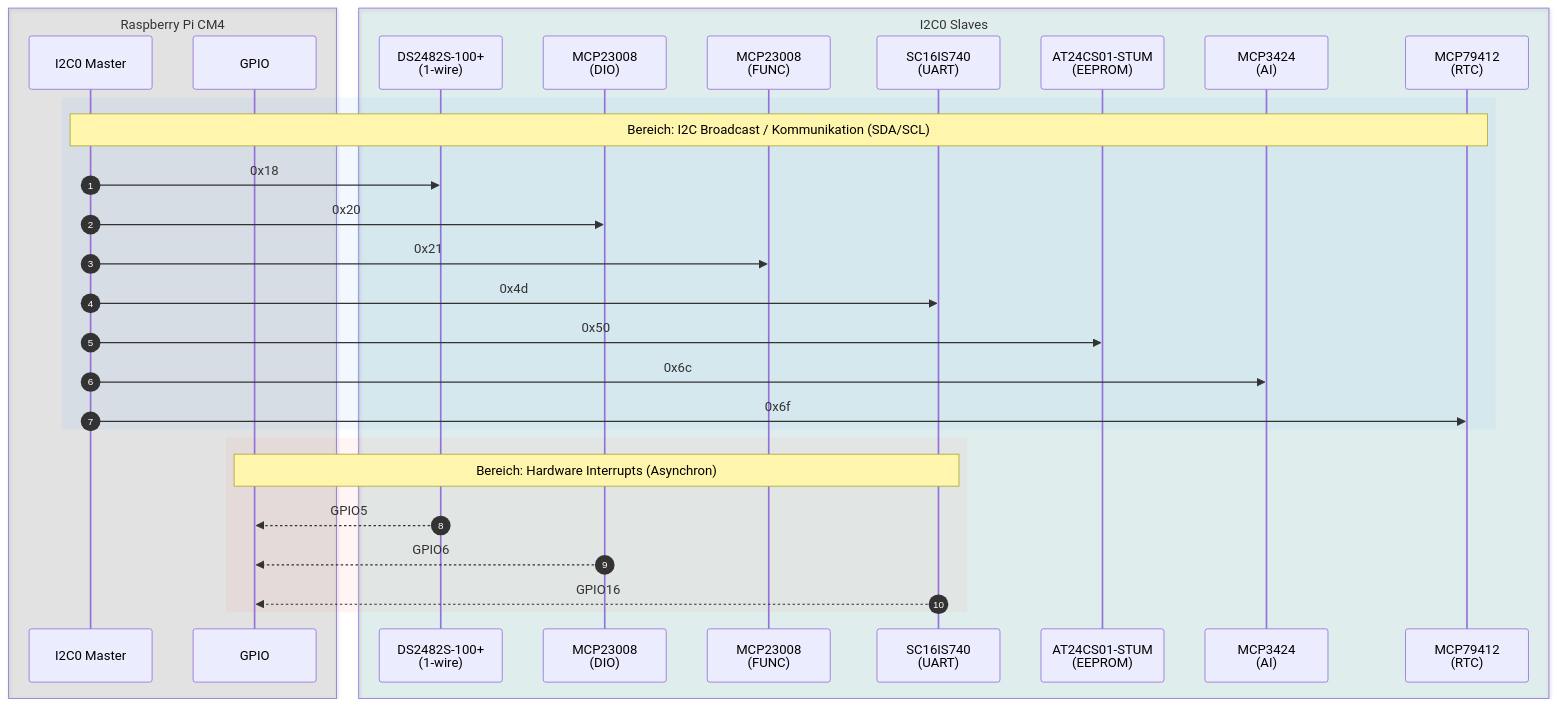
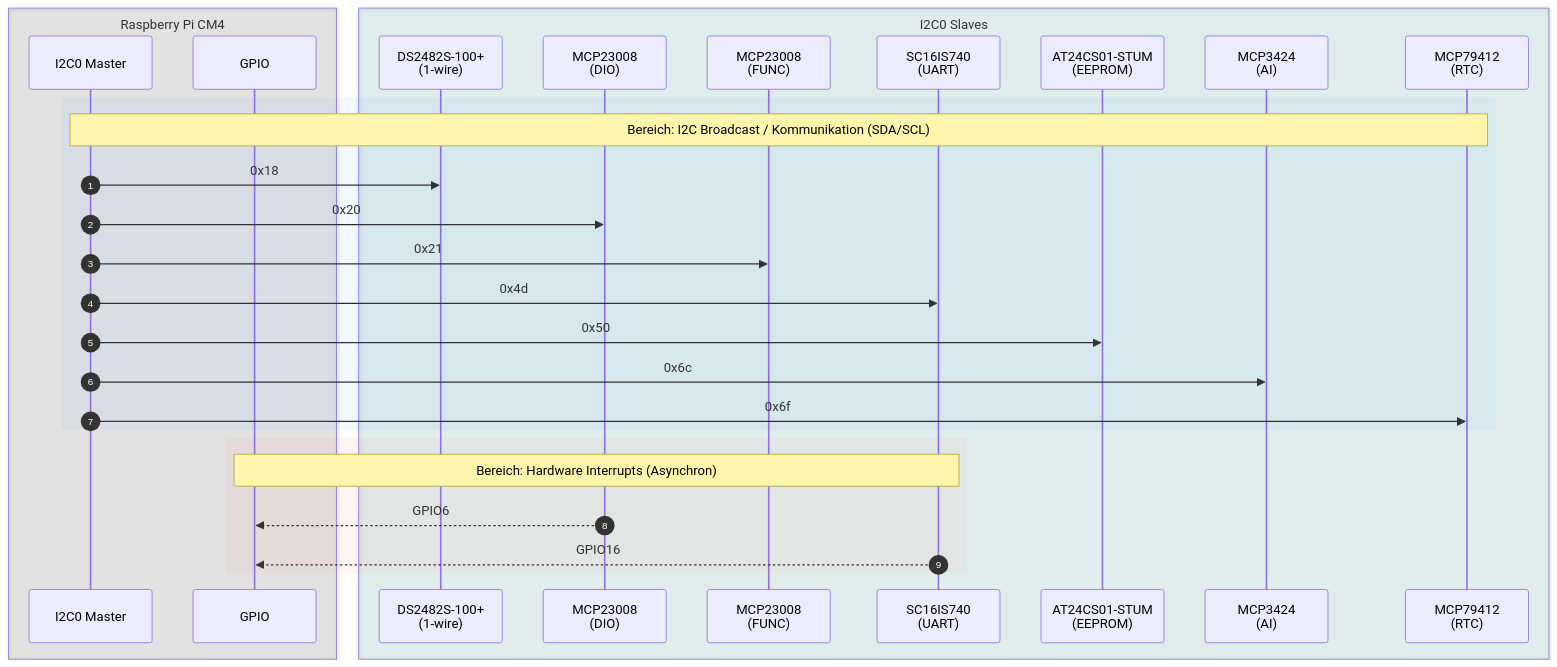
One commit to bynacon/meta-modberry changed the first of 3 diagrams in docs/hardware/M40804W_MAX.md. Above: the diagram before and after it, drawn with Mermaid. The commit also changed other lines of this file and 4 other files, not shown here.

First line of the commit message:
docs: resolve GPIO05 – TPM interrupt, DS2482S has no IRQ

````diff
--- a/docs/hardware/M40804W_MAX.md
+++ b/docs/hardware/M40804W_MAX.md
@@ -77,41 +77,40 @@
 ```mermaid
 sequenceDiagram
     autonumber
 
     %% OBERER BLOCK: CONTROLLER
     box rgba(34, 34, 34, 0.1) Raspberry Pi CM4
         participant I2C0 as I2C0 Master
         participant IRQ as GPIO
     end
 
     %% UNTERER BLOCK: PERIPHERIE
     box rgba(0, 150, 136, 0.1) I2C0 Slaves
         participant DEV18 as DS2482S-100+ <br/> (1-wire)
         participant DEV20 as MCP23008 <br/> (DIO)
         participant DEV21 as MCP23008 <br/> (FUNC)
         participant DEV4D as SC16IS740 <br/> (UART)
         participant DEV50 as AT24CS01-STUM <br/> (EEPROM)
         participant DEV6C as MCP3424 <br/> (AI)
         participant DEV6F as MCP79412 <br/> (RTC)
     end
 
     %% BEREICH 1: I2C-BUS KOMMUNIKATION
     rect rgba(0, 122, 255, 0.05)
         Note over I2C0, DEV6F: Bereich: I2C Broadcast / Kommunikation (SDA/SCL)
         I2C0 ->> DEV18: 0x18
         I2C0 ->> DEV20: 0x20
         I2C0 ->> DEV21: 0x21
         I2C0 ->> DEV4D: 0x4d
         I2C0 ->> DEV50: 0x50
         I2C0 ->> DEV6C: 0x6c
         I2C0 ->> DEV6F: 0x6f
     end
 
     %% BEREICH 2: INTERRUPT SIGNALE
     rect rgba(255, 59, 48, 0.05)
         Note over IRQ, DEV4D: Bereich: Hardware Interrupts (Asynchron)
-        DEV18 -->> IRQ: GPIO5
         DEV20 -->> IRQ: GPIO6
         DEV4D -->> IRQ: GPIO16
     end
 ```
````
